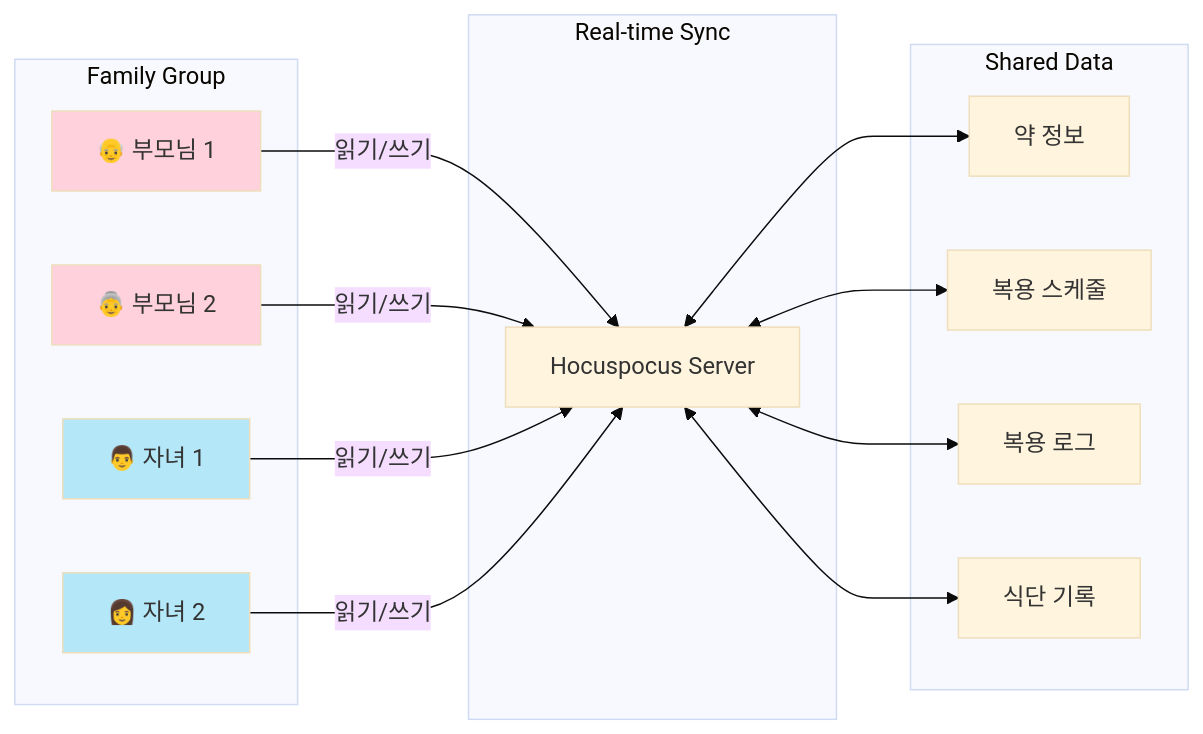
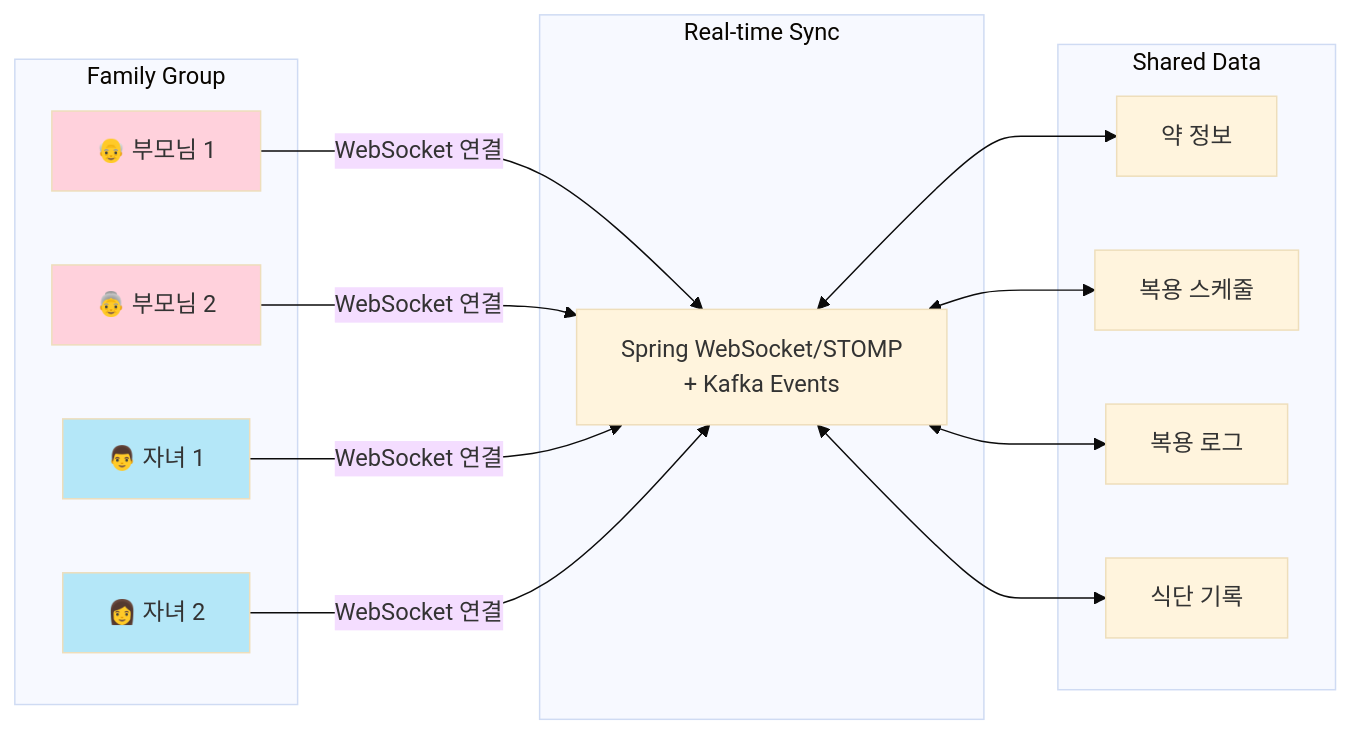
Before and after one commit to KOSA2025-FINAL-PROJECT-TEAM3/.github: the diagram in diagrams/04-family-network.mmd, drawn with Mermaid (base theme). The commit also changed 8 other files, not shown here.

First line of the commit message:
Major architecture update: Replace Hocuspocus with Spring WebSocket/STOMP

```diff
--- a/diagrams/04-family-network.mmd
+++ b/diagrams/04-family-network.mmd
@@ -1,33 +1,33 @@
 graph LR
     subgraph "Family Group"
         P1[👴 부모님 1]
         P2[👵 부모님 2]
         C1[👨 자녀 1]
         C2[👩 자녀 2]
     end
 
     subgraph "Shared Data"
         M[약 정보]
         S[복용 스케줄]
         L[복용 로그]
         D[식단 기록]
     end
 
     subgraph "Real-time Sync"
-        HCS[Hocuspocus Server]
+        WS[Spring WebSocket/STOMP<br/>+ Kafka Events]
     end
 
-    P1 -->|읽기/쓰기| HCS
-    P2 -->|읽기/쓰기| HCS
-    C1 -->|읽기/쓰기| HCS
-    C2 -->|읽기/쓰기| HCS
+    P1 -->|WebSocket 연결| WS
+    P2 -->|WebSocket 연결| WS
+    C1 -->|WebSocket 연결| WS
+    C2 -->|WebSocket 연결| WS
 
-    HCS <--> M
-    HCS <--> S
-    HCS <--> L
-    HCS <--> D
+    WS <--> M
+    WS <--> S
+    WS <--> L
+    WS <--> D
 
     style P1 fill:#ffd1dc
     style P2 fill:#ffd1dc
     style C1 fill:#b4e7f8
     style C2 fill:#b4e7f8
```
